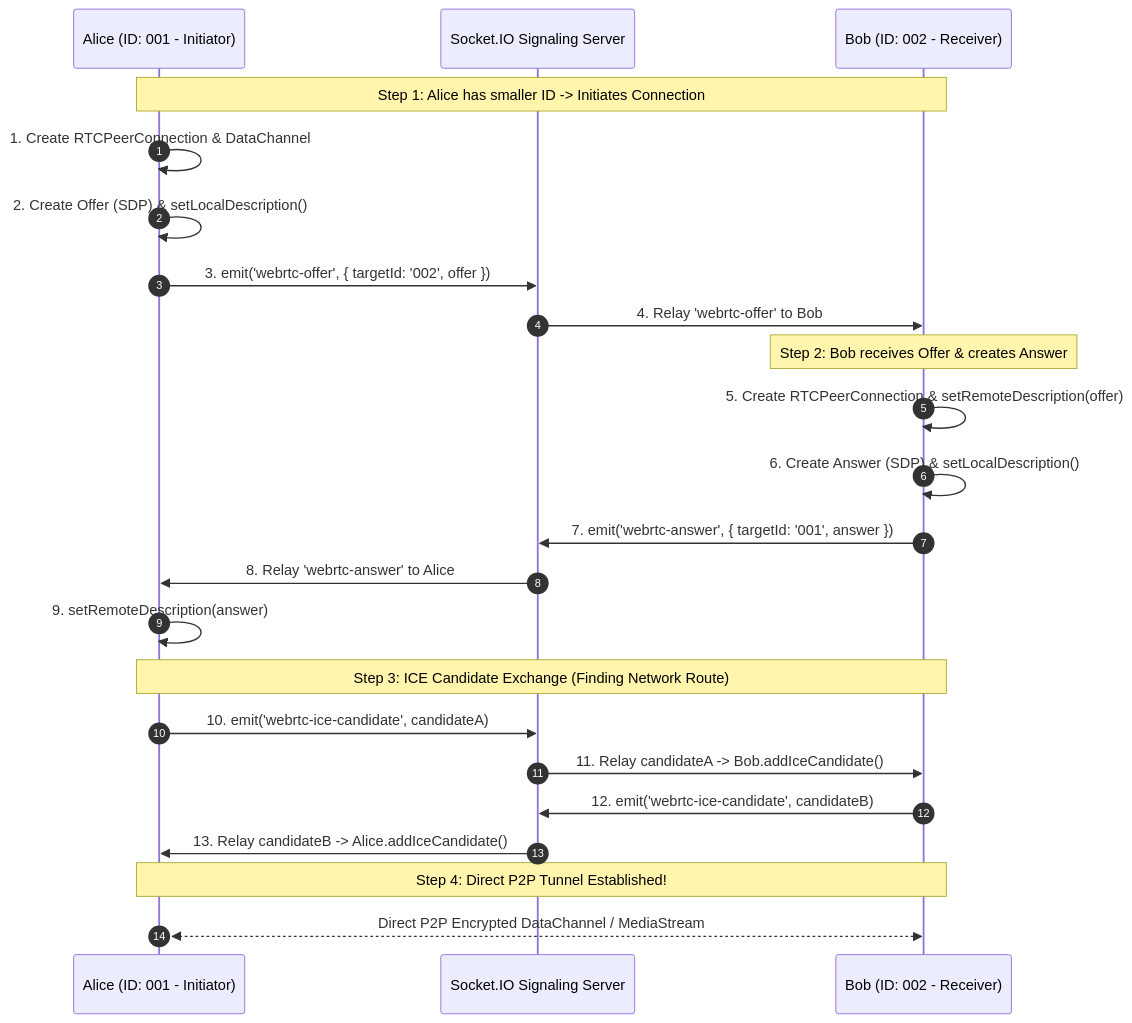
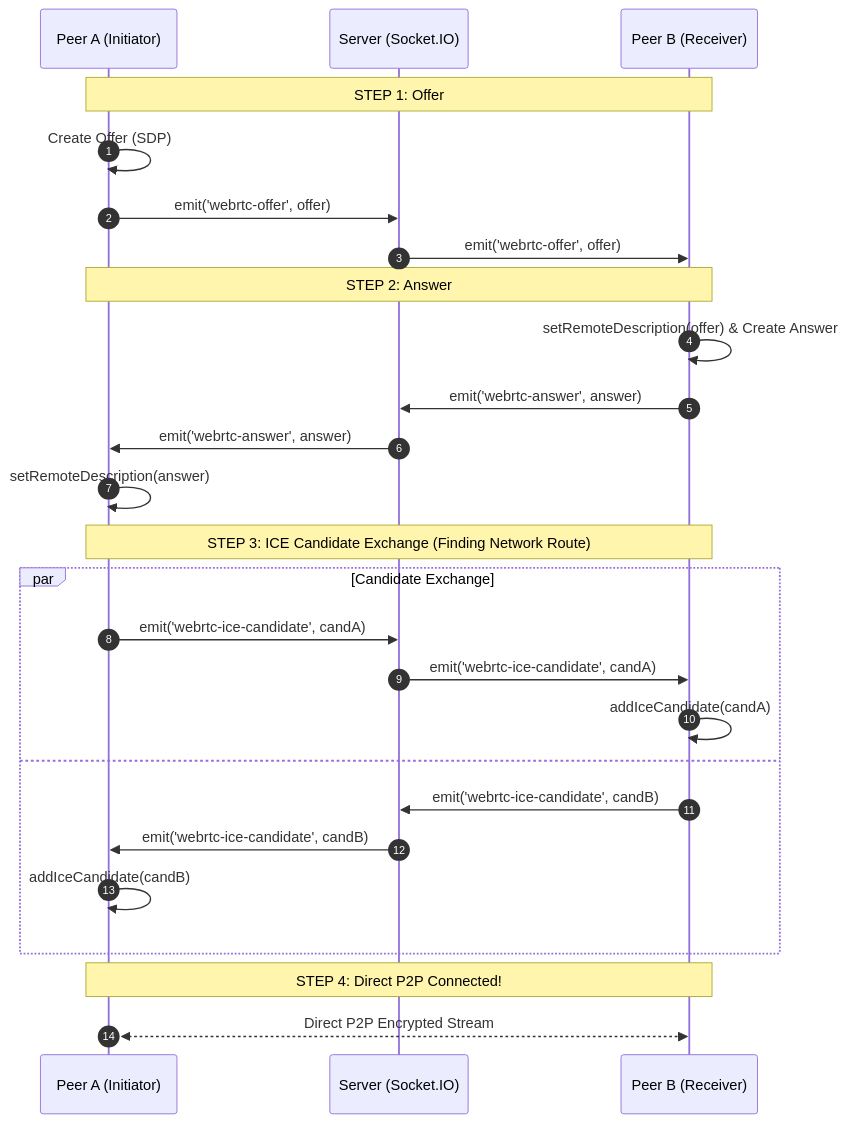
One commit to Ayush-0247/Plutus-Chat changed the third of 9 diagrams in WEBRTC.md. Above: the diagram before and after it, drawn with Mermaid. The commit also changed other lines of this file, not shown here.

````diff
--- a/WEBRTC.md
+++ b/WEBRTC.md
@@ -113,29 +127,32 @@
 ```mermaid
 sequenceDiagram
     autonumber
-    participant Alice as Alice (ID: 001 - Initiator)
-    participant Server as Socket.IO Signaling Server
-    participant Bob as Bob (ID: 002 - Receiver)
+    participant A as Peer A (Initiator)
+    participant S as Server (Socket.IO)
+    participant B as Peer B (Receiver)
 
-    Note over Alice, Bob: Step 1: Alice has smaller ID -> Initiates Connection
-    Alice->>Alice: 1. Create RTCPeerConnection & DataChannel
-    Alice->>Alice: 2. Create Offer (SDP) & setLocalDescription()
-    Alice->>Server: 3. emit('webrtc-offer', { targetId: '002', offer })
-    Server->>Bob: 4. Relay 'webrtc-offer' to Bob
+    Note over A, B: STEP 1: Offer
+    A->>A: Create Offer (SDP)
+    A->>S: emit('webrtc-offer', offer)
+    S->>B: emit('webrtc-offer', offer)
 
-    Note over Bob: Step 2: Bob receives Offer & creates Answer
-    Bob->>Bob: 5. Create RTCPeerConnection & setRemoteDescription(offer)
-    Bob->>Bob: 6. Create Answer (SDP) & setLocalDescription()
-    Bob->>Server: 7. emit('webrtc-answer', { targetId: '001', answer })
-    Server->>Alice: 8. Relay 'webrtc-answer' to Alice
-    Alice->>Alice: 9. setRemoteDescription(answer)
+    Note over A, B: STEP 2: Answer
+    B->>B: setRemoteDescription(offer) & Create Answer
+    B->>S: emit('webrtc-answer', answer)
+    S->>A: emit('webrtc-answer', answer)
+    A->>A: setRemoteDescription(answer)
 
-    Note over Alice, Bob: Step 3: ICE Candidate Exchange (Finding Network Route)
-    Alice->>Server: 10. emit('webrtc-ice-candidate', candidateA)
-    Server->>Bob: 11. Relay candidateA -> Bob.addIceCandidate()
-    Bob->>Server: 12. emit('webrtc-ice-candidate', candidateB)
-    Server->>Alice: 13. Relay candidateB -> Alice.addIceCandidate()
+    Note over A, B: STEP 3: ICE Candidate Exchange (Finding Network Route)
+    par Candidate Exchange
+        A->>S: emit('webrtc-ice-candidate', candA)
+        S->>B: emit('webrtc-ice-candidate', candA)
+        B->>B: addIceCandidate(candA)
+    and
+        B->>S: emit('webrtc-ice-candidate', candB)
+        S->>A: emit('webrtc-ice-candidate', candB)
+        A->>A: addIceCandidate(candB)
+    end
 
-    Note over Alice, Bob: Step 4: Direct P2P Tunnel Established!
-    Alice<<-->>Bob: Direct P2P Encrypted DataChannel / MediaStream
+    Note over A, B: STEP 4: Direct P2P Connected!
+    A<<-->>B: Direct P2P Encrypted Stream
 ```
````
